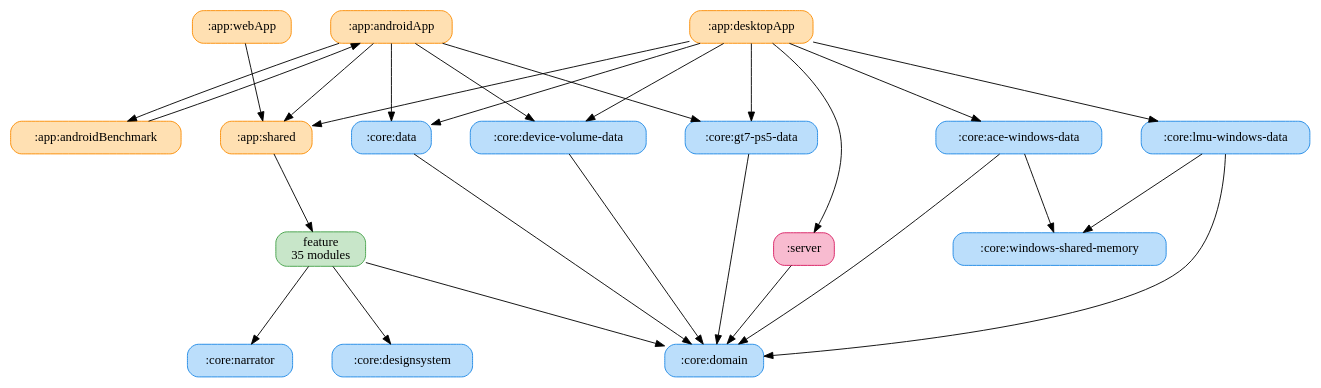
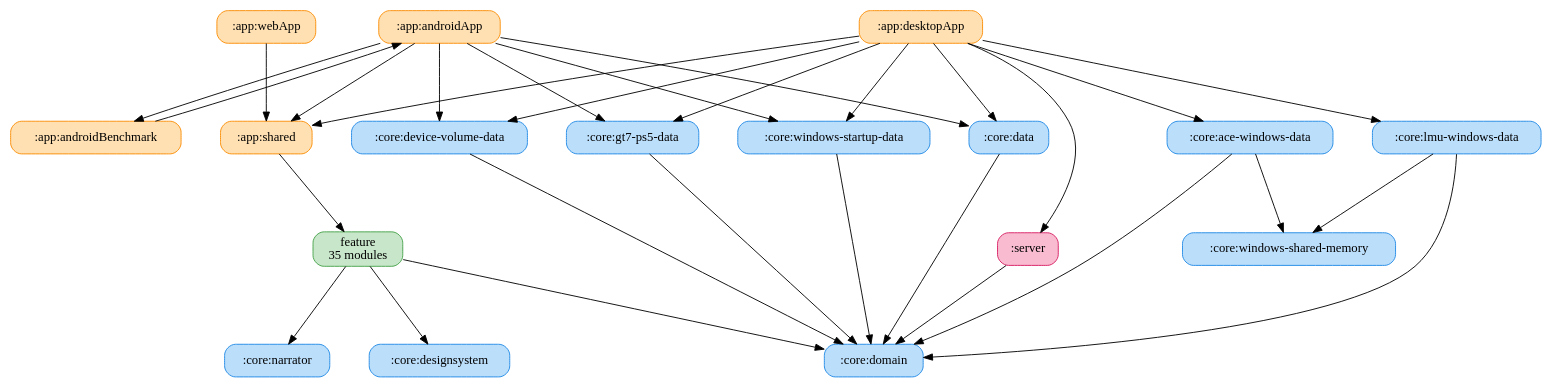
One commit to ai-kurou/KoDriver changed the diagram in docs/graphs/full-graph.gv. Above: the diagram before and after it, drawn with Graphviz. The commit also changed 54 other files, not shown here.

```diff
--- a/docs/graphs/full-graph.gv
+++ b/docs/graphs/full-graph.gv
@@ -1,47 +1,51 @@
 digraph G {
   rankdir=TB
   graph [ranksep=1.2, nodesep=0.6]
   node [shape=box, style="rounded,filled"]
   ":app:androidApp" [label=":app:androidApp", fillcolor="#FFE0B2", color="#FB8C00"]
   ":app:androidBenchmark" [label=":app:androidBenchmark", fillcolor="#FFE0B2", color="#FB8C00"]
   ":app:desktopApp" [label=":app:desktopApp", fillcolor="#FFE0B2", color="#FB8C00"]
   ":app:shared" [label=":app:shared", fillcolor="#FFE0B2", color="#FB8C00"]
   ":app:webApp" [label=":app:webApp", fillcolor="#FFE0B2", color="#FB8C00"]
   ":core:ace-windows-data" [label=":core:ace-windows-data", fillcolor="#BBDEFB", color="#1E88E5"]
   ":core:data" [label=":core:data", fillcolor="#BBDEFB", color="#1E88E5"]
   ":core:designsystem" [label=":core:designsystem", fillcolor="#BBDEFB", color="#1E88E5"]
   ":core:device-volume-data" [label=":core:device-volume-data", fillcolor="#BBDEFB", color="#1E88E5"]
   ":core:domain" [label=":core:domain", fillcolor="#BBDEFB", color="#1E88E5"]
   ":core:gt7-ps5-data" [label=":core:gt7-ps5-data", fillcolor="#BBDEFB", color="#1E88E5"]
   ":core:lmu-windows-data" [label=":core:lmu-windows-data", fillcolor="#BBDEFB", color="#1E88E5"]
   ":core:narrator" [label=":core:narrator", fillcolor="#BBDEFB", color="#1E88E5"]
   ":core:windows-shared-memory" [label=":core:windows-shared-memory", fillcolor="#BBDEFB", color="#1E88E5"]
+  ":core:windows-startup-data" [label=":core:windows-startup-data", fillcolor="#BBDEFB", color="#1E88E5"]
   ":server" [label=":server", fillcolor="#F8BBD0", color="#D81B60"]
   "feature" [label="feature\n35 modules", fillcolor="#C8E6C9", color="#43A047"]
   ":app:androidApp" -> ":app:androidBenchmark"
   ":app:androidApp" -> ":app:shared"
   ":app:androidApp" -> ":core:data"
   ":app:androidApp" -> ":core:device-volume-data"
   ":app:androidApp" -> ":core:gt7-ps5-data"
+  ":app:androidApp" -> ":core:windows-startup-data"
   ":app:androidBenchmark" -> ":app:androidApp"
   ":app:desktopApp" -> ":app:shared"
   ":app:desktopApp" -> ":core:ace-windows-data"
   ":app:desktopApp" -> ":core:data"
   ":app:desktopApp" -> ":core:device-volume-data"
   ":app:desktopApp" -> ":core:gt7-ps5-data"
   ":app:desktopApp" -> ":core:lmu-windows-data"
+  ":app:desktopApp" -> ":core:windows-startup-data"
   ":app:desktopApp" -> ":server"
   ":app:shared" -> "feature"
   ":app:webApp" -> ":app:shared"
   ":core:ace-windows-data" -> ":core:domain"
   ":core:ace-windows-data" -> ":core:windows-shared-memory"
   ":core:data" -> ":core:domain"
   ":core:device-volume-data" -> ":core:domain"
   ":core:gt7-ps5-data" -> ":core:domain"
   ":core:lmu-windows-data" -> ":core:domain"
   ":core:lmu-windows-data" -> ":core:windows-shared-memory"
+  ":core:windows-startup-data" -> ":core:domain"
   ":server" -> ":core:domain"
   "feature" -> ":core:designsystem"
   "feature" -> ":core:domain"
   "feature" -> ":core:narrator"
 }
```
